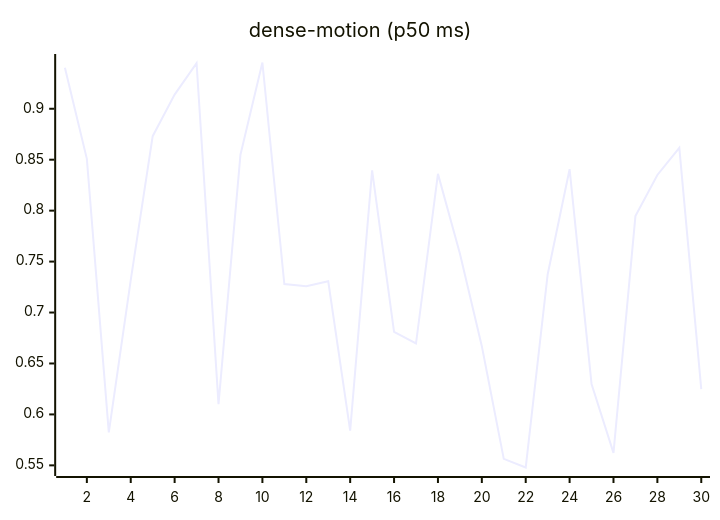
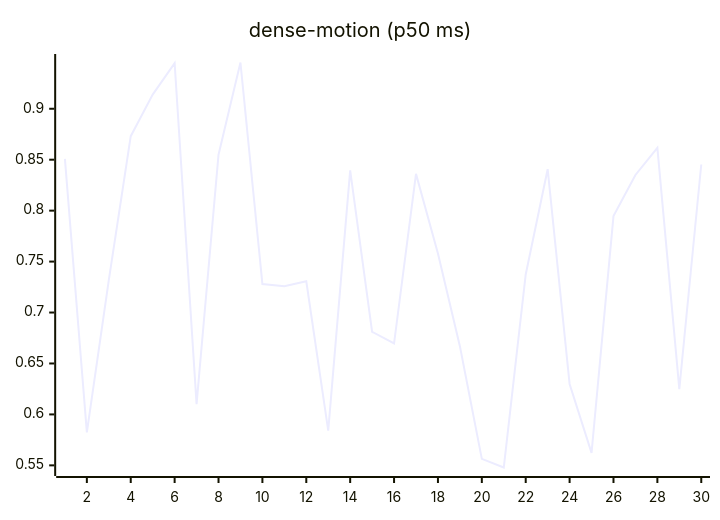
One commit to josha/Facet changed the ninth of 27 diagrams in README.md. Above: the diagram before and after it, drawn with Mermaid. The commit also changed other lines of this file and 2 other files, not shown here.

````diff
--- a/README.md
+++ b/README.md
@@ -119,6 +119,6 @@
 ```mermaid
 xychart-beta
     title "dense-motion (p50 ms)"
     x-axis 1 --> 30
-    line [0.9402, 0.8508, 0.5823, 0.7317, 0.8731, 0.9139, 0.9448, 0.6101, 0.8549, 0.9454, 0.7280, 0.7259, 0.7307, 0.5841, 0.8396, 0.6811, 0.6696, 0.8361, 0.7579, 0.6670, 0.5564, 0.5479, 0.7374, 0.8407, 0.6299, 0.5623, 0.7946, 0.8350, 0.8616, 0.6249]
+    line [0.8508, 0.5823, 0.7317, 0.8731, 0.9139, 0.9448, 0.6101, 0.8549, 0.9454, 0.7280, 0.7259, 0.7307, 0.5841, 0.8396, 0.6811, 0.6696, 0.8361, 0.7579, 0.6670, 0.5564, 0.5479, 0.7374, 0.8407, 0.6299, 0.5623, 0.7946, 0.8350, 0.8616, 0.6249, 0.8453]
 ```
````
